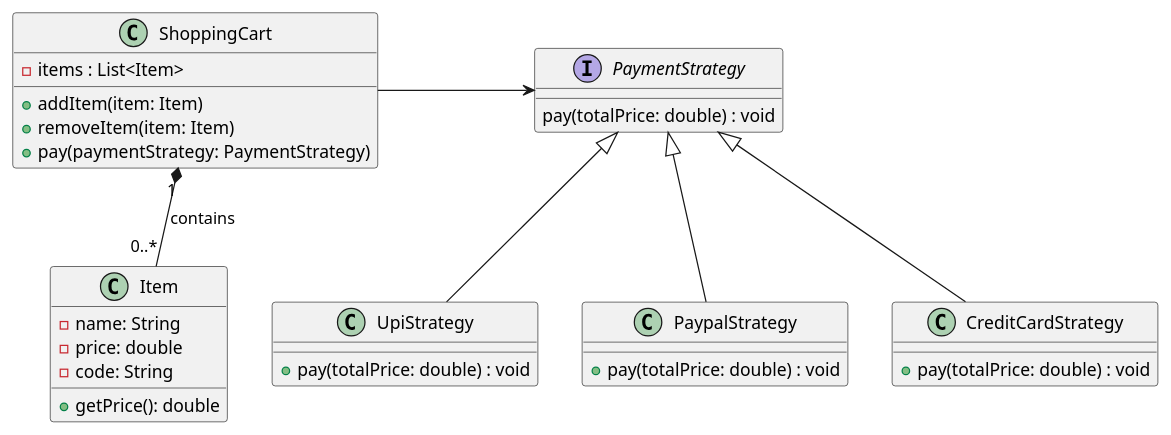
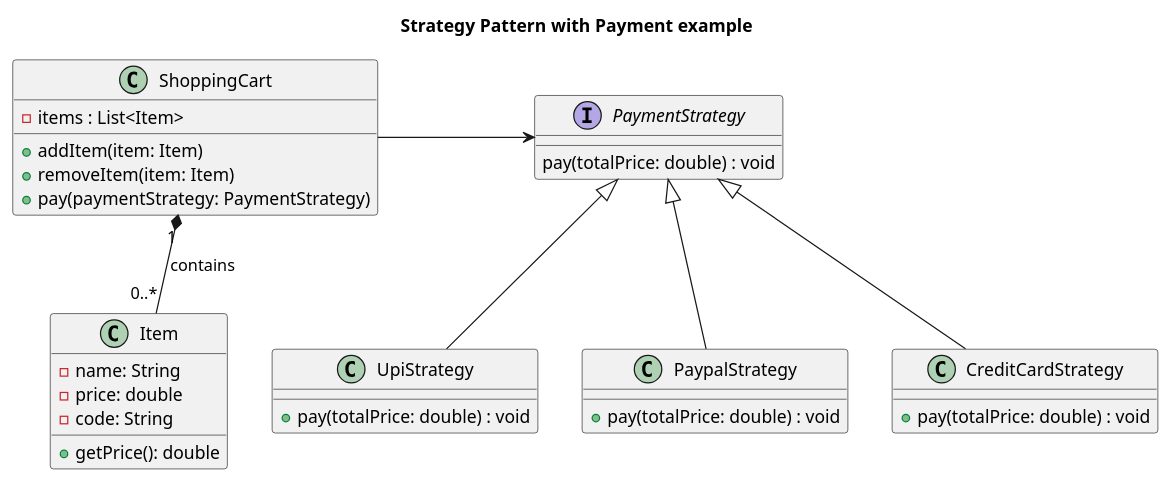
Before and after one commit to dpmallia624/DesignPattern: the diagram in src/main/java/org/pattern/behavioral/strategy/payment/payment_strategy.puml, drawn with PlantUML. The commit also changed 3 other files, not shown here.

```diff
--- a/src/main/java/org/pattern/behavioral/strategy/payment/payment_strategy.puml
+++ b/src/main/java/org/pattern/behavioral/strategy/payment/payment_strategy.puml
@@ -1,41 +1,41 @@
 @startuml
-'https://plantuml.com/class-diagram
+title "Strategy Pattern with Payment example"
 
 
 interface PaymentStrategy {
     pay(totalPrice: double) : void
 }
 
 PaymentStrategy <|-- UpiStrategy
 PaymentStrategy <|-- PaypalStrategy
 PaymentStrategy <|-- CreditCardStrategy
 
 class UpiStrategy {
     + pay(totalPrice: double) : void
 }
 
 class PaypalStrategy {
     + pay(totalPrice: double) : void
 }
 
 class CreditCardStrategy {
     + pay(totalPrice: double) : void
 }
 
 class ShoppingCart {
     - items : List<Item>
     + addItem(item: Item)
     + removeItem(item: Item)
     + pay(paymentStrategy: PaymentStrategy)
 }
 
 class Item {
     - name: String
     - price: double
     - code: String
     + getPrice(): double
 }
 
 ShoppingCart -right-> PaymentStrategy
 ShoppingCart "1" *-- "0..*" Item : contains
 @enduml
```
